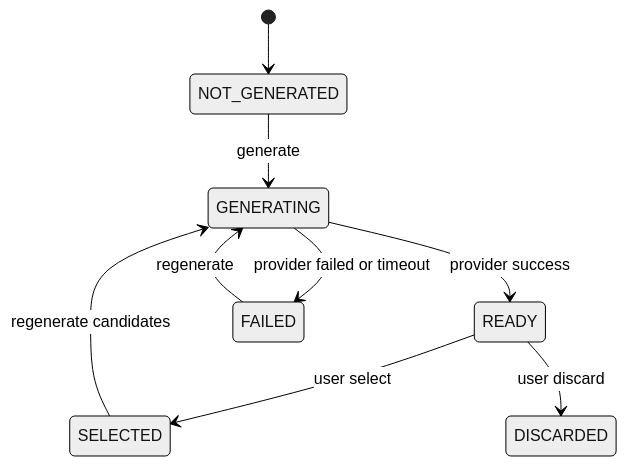
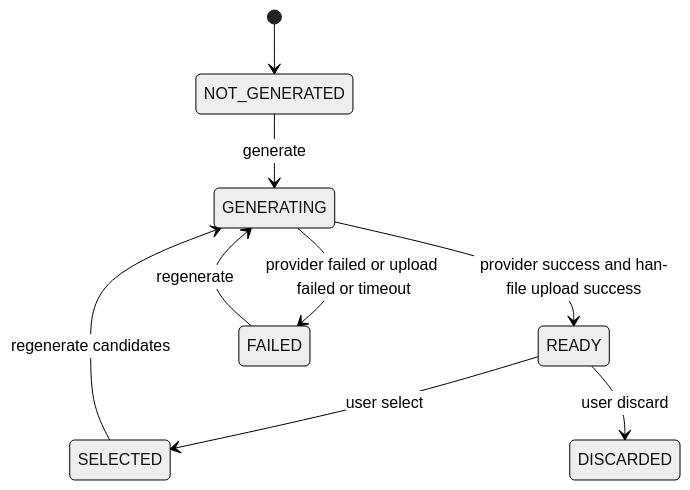
The second of 2 diagrams in docs/aivideo/MVP2场景图生成设计确认稿.md (790331416/Han), drawn with Mermaid (neutral theme) before and after one commit. The commit also changed other lines of this file and 3 other files, not shown here.

````diff
--- a/docs/aivideo/MVP2场景图生成设计确认稿.md
+++ b/docs/aivideo/MVP2场景图生成设计确认稿.md
@@ -317,11 +336,11 @@
 ```mermaid
 stateDiagram-v2
   [*] --> NOT_GENERATED
   NOT_GENERATED --> GENERATING: generate
-  GENERATING --> READY: provider success
-  GENERATING --> FAILED: provider failed or timeout
+  GENERATING --> READY: provider success and han-file upload success
+  GENERATING --> FAILED: provider failed or upload failed or timeout
   READY --> SELECTED: user select
   READY --> DISCARDED: user discard
   FAILED --> GENERATING: regenerate
   SELECTED --> GENERATING: regenerate candidates
 ```
````
